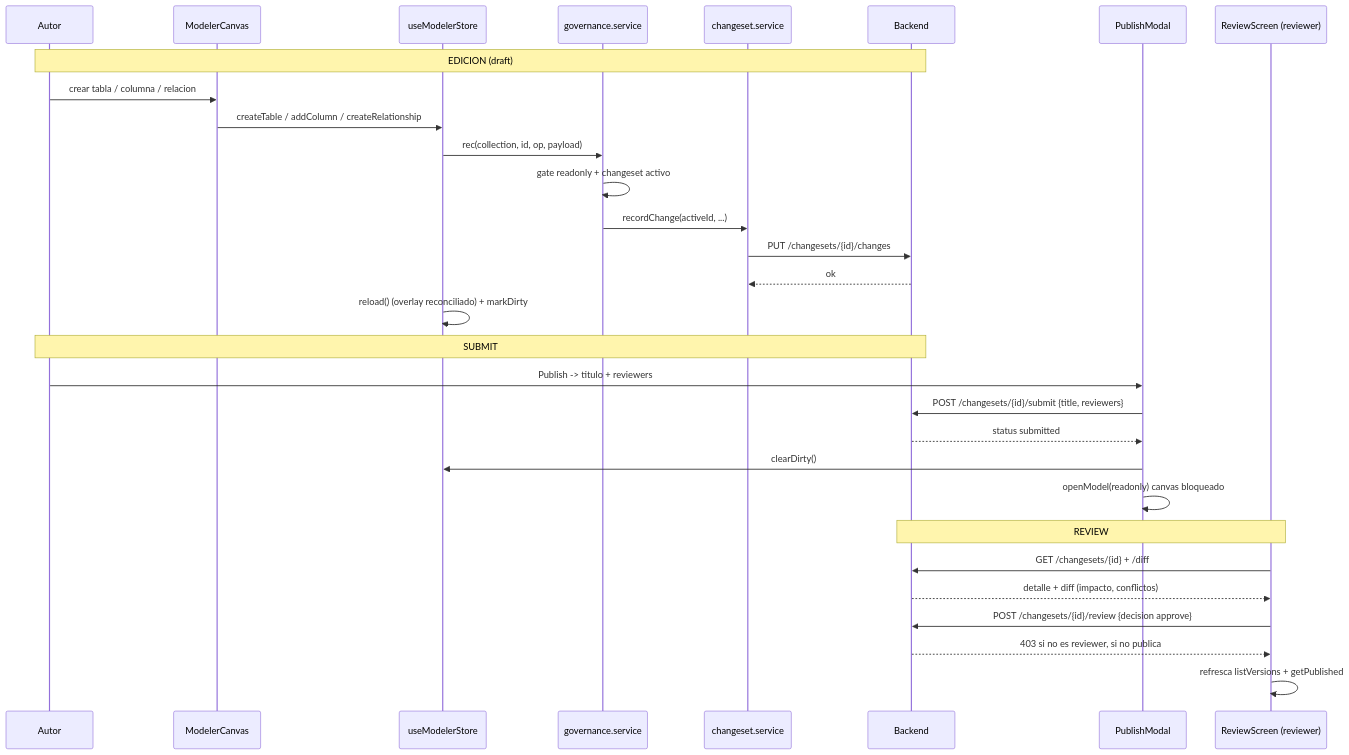
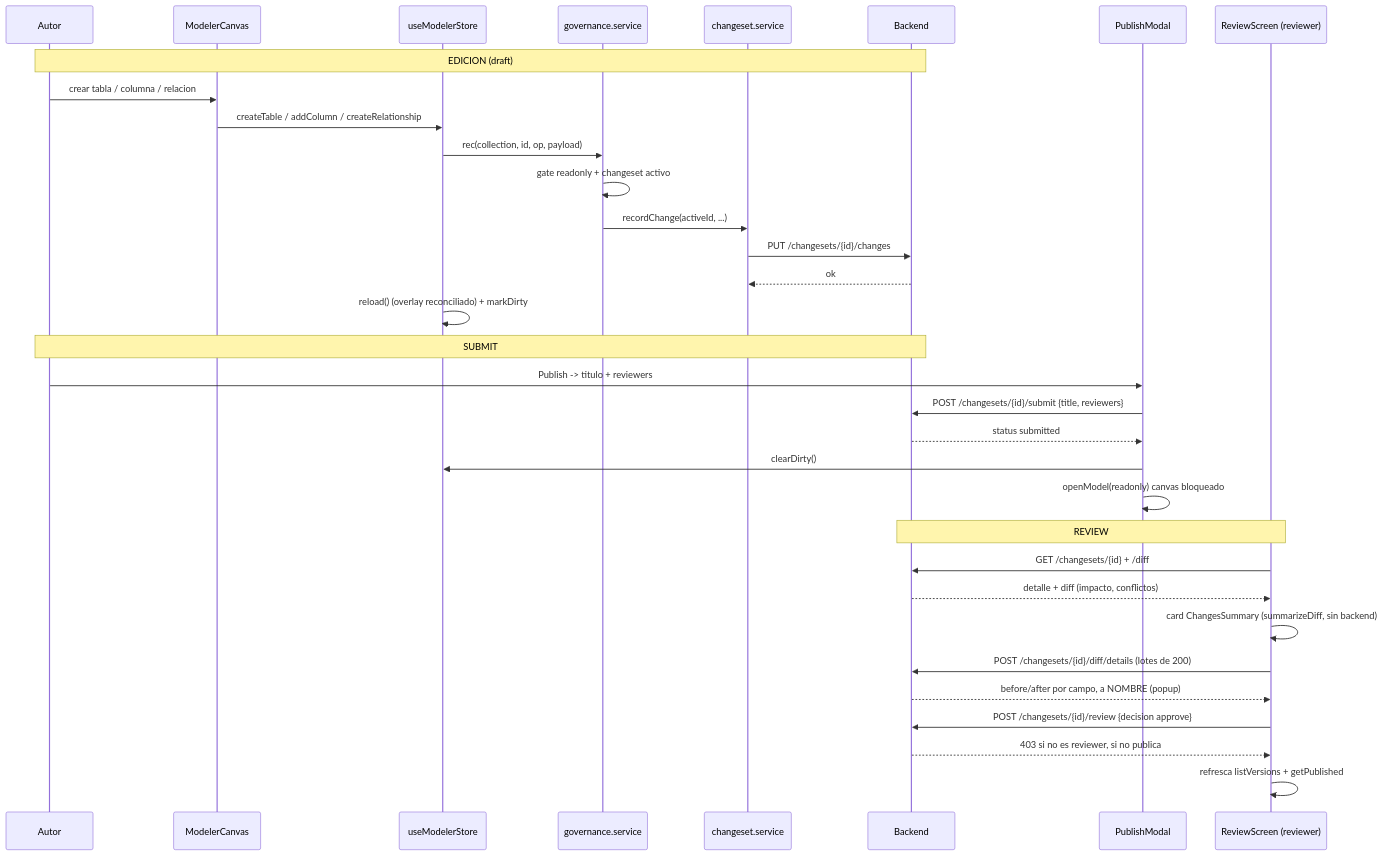
One commit to Carlosmps97/web-data-model-hub changed the fourth of 8 diagrams in doc/data-flow.md. Above: the diagram before and after it, drawn with Mermaid. The commit also changed other lines of this file and 8 other files, not shown here.

````diff
--- a/doc/data-flow.md
+++ b/doc/data-flow.md
@@ -284,35 +325,38 @@
 ```mermaid
 sequenceDiagram
   participant U as Autor
   participant RF as ModelerCanvas
   participant MS as useModelerStore
   participant Gov as governance.service
   participant CSV as changeset.service
   participant API as Backend
   participant PM as PublishModal
   participant RV as ReviewScreen (reviewer)
 
   Note over U,API: EDICION (draft)
   U->>RF: crear tabla / columna / relacion
   RF->>MS: createTable / addColumn / createRelationship
   MS->>Gov: rec(collection, id, op, payload)
   Gov->>Gov: gate readonly + changeset activo
   Gov->>CSV: recordChange(activeId, ...)
   CSV->>API: PUT /changesets/{id}/changes
   API-->>CSV: ok
   MS->>MS: reload() (overlay reconciliado) + markDirty
 
   Note over U,API: SUBMIT
   U->>PM: Publish -> titulo + reviewers
   PM->>API: POST /changesets/{id}/submit {title, reviewers}
   API-->>PM: status submitted
   PM->>MS: clearDirty()
   PM->>PM: openModel(readonly) canvas bloqueado
 
   Note over RV,API: REVIEW
   RV->>API: GET /changesets/{id} + /diff
   API-->>RV: detalle + diff (impacto, conflictos)
+  RV->>RV: card ChangesSummary (summarizeDiff, sin backend)
+  RV->>API: POST /changesets/{id}/diff/details (lotes de 200)
+  API-->>RV: before/after por campo, a NOMBRE (popup)
   RV->>API: POST /changesets/{id}/review {decision approve}
   API-->>RV: 403 si no es reviewer, si no publica
   RV->>RV: refresca listVersions + getPublished
 ```
````
